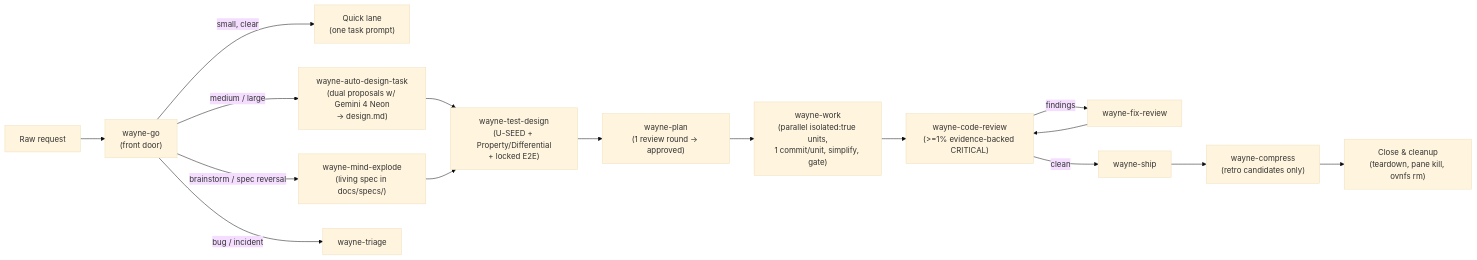
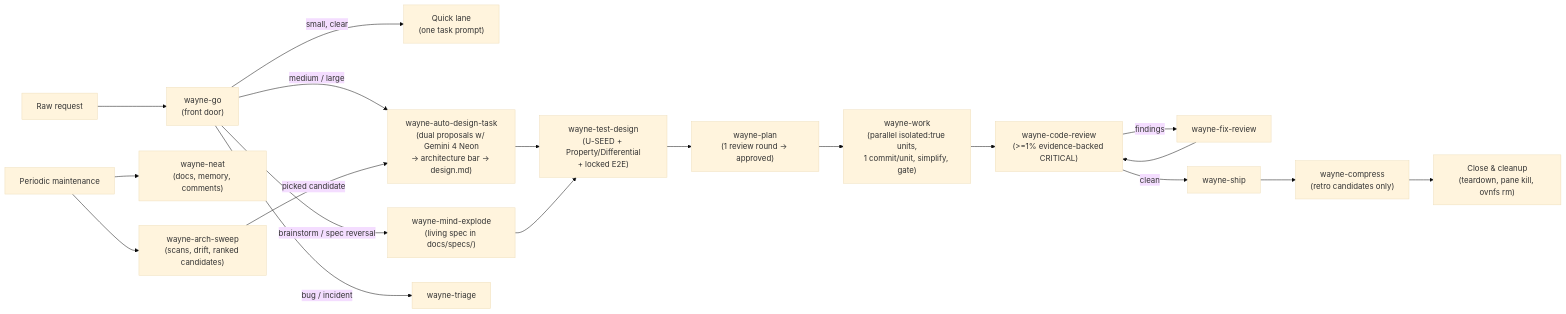
The diagram in README.md (waynejing995/wayne-taste), drawn with Mermaid (base theme) before and after one commit. The commit also changed other lines of this file and 10 other files, not shown here.

First line of the commit message:
feat:/arch-methodology - shared 9-check architecture bar and wayne-arch-sweep

````diff
--- a/README.md
+++ b/README.md
@@ -9,18 +9,21 @@
 ```mermaid
 flowchart LR
     Req["Raw request"] --> Go["wayne-go<br/>(front door)"]
     Go -->|"small, clear"| Quick["Quick lane<br/>(one task prompt)"]
-    Go -->|"medium / large"| Auto["wayne-auto-design-task<br/>(dual proposals w/ Gemini 4 Neon<br/>→ design.md)"]
+    Go -->|"medium / large"| Auto["wayne-auto-design-task<br/>(dual proposals w/ Gemini 4 Neon<br/>→ architecture bar → design.md)"]
     Go -->|"brainstorm / spec reversal"| Mind["wayne-mind-explode<br/>(living spec in docs/specs/)"]
     Go -->|"bug / incident"| Triage["wayne-triage"]
     Auto --> TD["wayne-test-design<br/>(U-SEED + Property/Differential<br/>+ locked E2E)"]
     Mind --> TD
     TD --> Plan["wayne-plan<br/>(1 review round → approved)"]
     Plan --> Work["wayne-work<br/>(parallel isolated:true units,<br/>1 commit/unit, simplify, gate)"]
     Work --> Rev["wayne-code-review<br/>(>=1% evidence-backed CRITICAL)"]
     Rev -->|"findings"| Fix["wayne-fix-review"]
     Fix --> Rev
     Rev -->|"clean"| Ship["wayne-ship"]
     Ship --> Comp["wayne-compress<br/>(retro candidates only)"]
     Comp --> Close["Close & cleanup<br/>(teardown, pane kill, ovnfs rm)"]
+    Per["Periodic maintenance"] --> Neat["wayne-neat<br/>(docs, memory, comments)"]
+    Per --> Sweep["wayne-arch-sweep<br/>(scans, drift, ranked candidates)"]
+    Sweep -->|"picked candidate"| Auto
 ```
````
